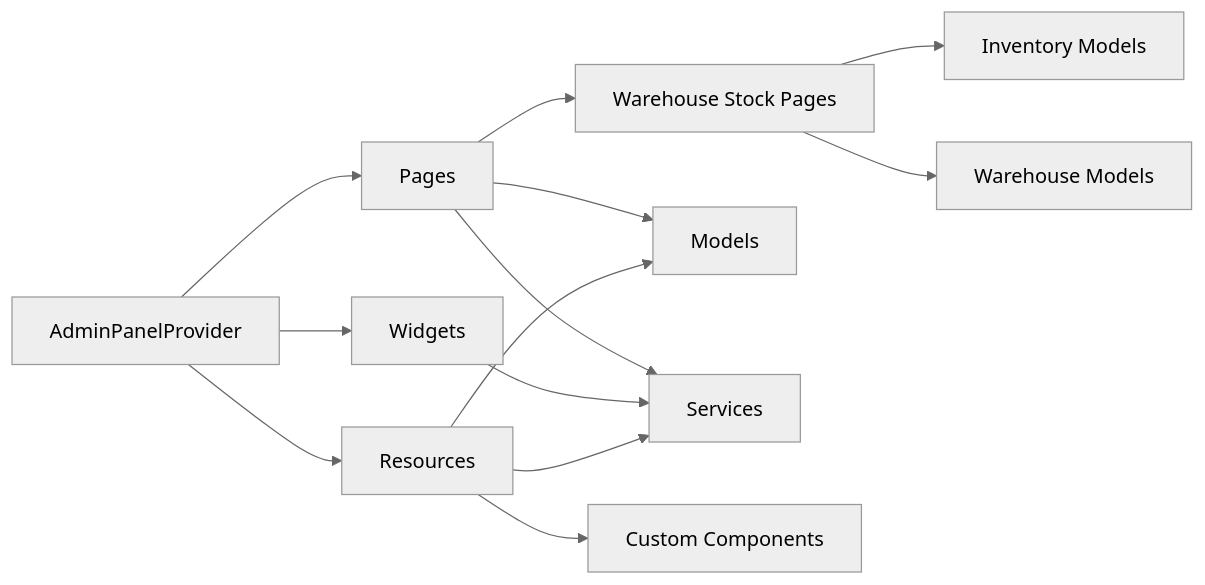
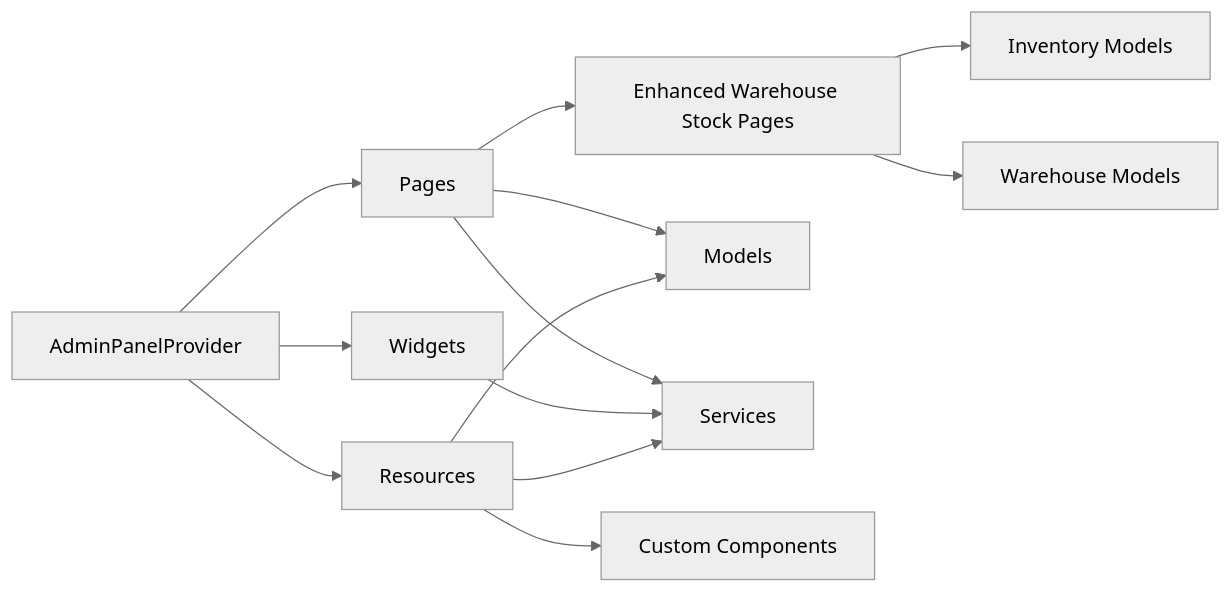
Before and after one commit to Dikksap/laravel_RsvHelmet: diagram 17 of 18 in .qoder/repowiki/en/content/Filament Admin Panel/Filament Admin Panel.md, drawn with Mermaid (neutral theme). The commit also changed other lines of this file and 2 other files, not shown here.

````diff
--- a/.qoder/repowiki/en/content/Filament Admin Panel/Filament Admin Panel.md
+++ b/.qoder/repowiki/en/content/Filament Admin Panel/Filament Admin Panel.md
@@ -606,15 +628,15 @@
 ```mermaid
 graph LR
 Provider["AdminPanelProvider"] --> Widgets["Widgets"]
 Provider --> Pages["Pages"]
 Provider --> Resources["Resources"]
-Pages --> WarehousePages["Warehouse Stock Pages"]
+Pages --> WarehousePages["Enhanced Warehouse Stock Pages"]
 WarehousePages --> InventoryModels["Inventory Models"]
 WarehousePages --> WarehouseModels["Warehouse Models"]
 Resources --> Models["Models"]
 Resources --> Services["Services"]
 Resources --> Components["Custom Components"]
 Widgets --> Services
 Pages --> Models
 Pages --> Services
 ```
````
